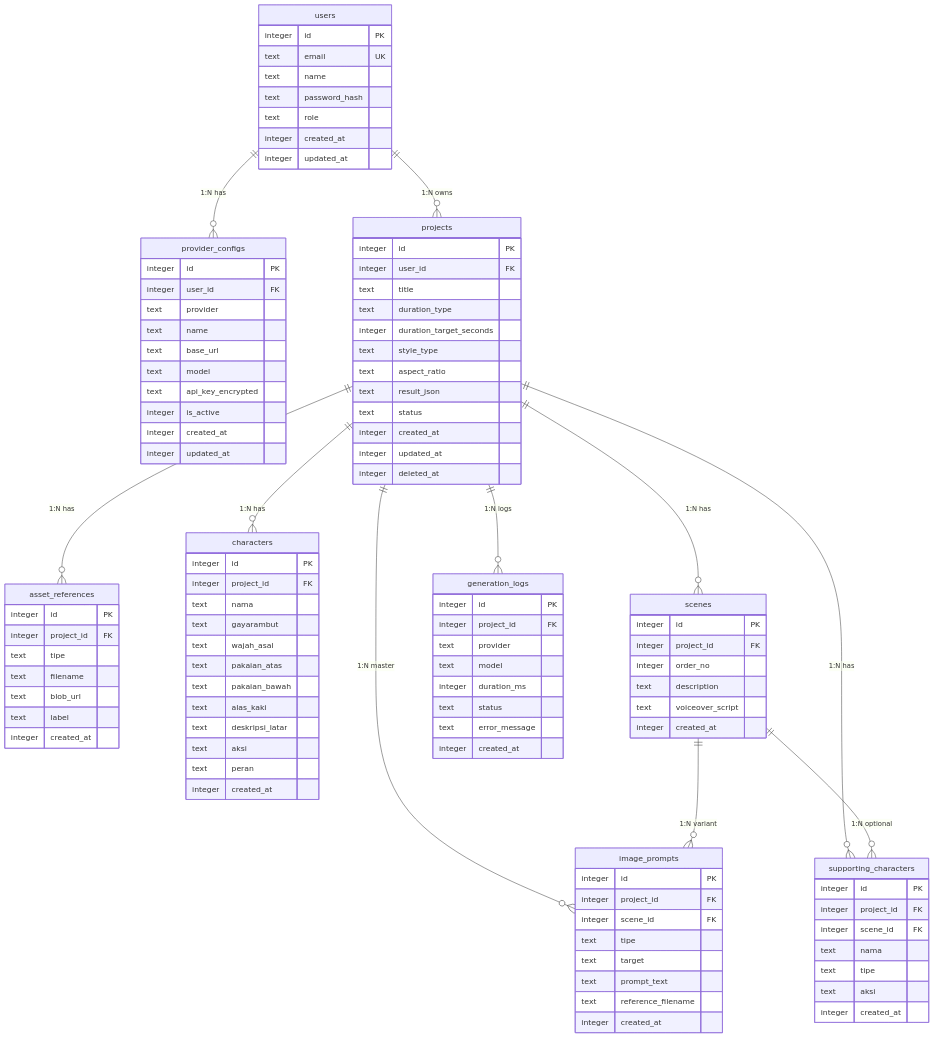
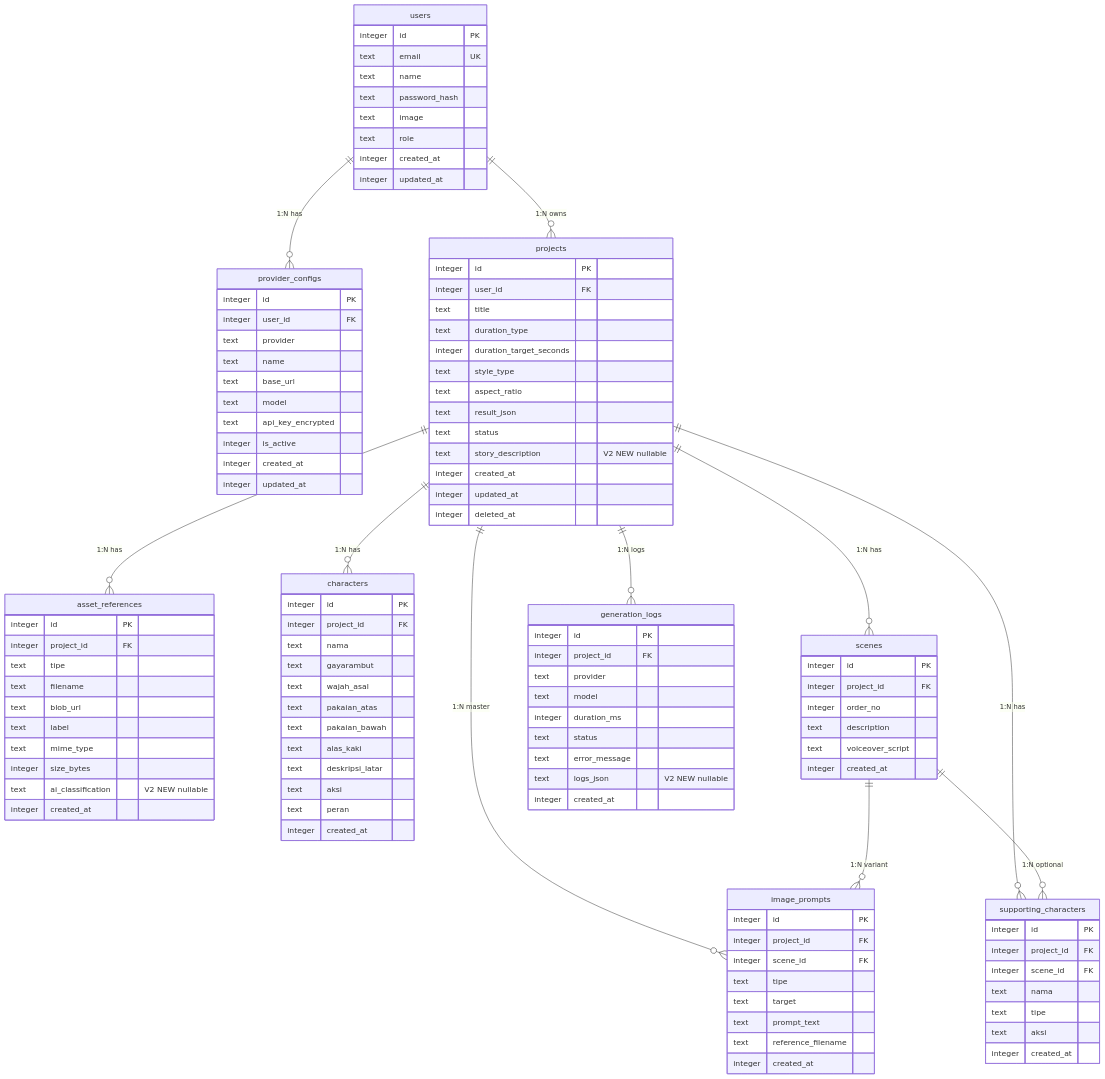
The diagram in product-docs/DATABASE_SCHEMA.md (agrianwahab29/agrinode-promptflow), drawn with Mermaid before and after one commit. The commit also changed other lines of this file and 80 other files, not shown here.

```diff
--- a/product-docs/DATABASE_SCHEMA.md
+++ b/product-docs/DATABASE_SCHEMA.md
@@ -116,6 +120,7 @@
         text email UK
         text name
         text password_hash
+        text image
         text role
         integer created_at
         integer updated_at
@@ -144,6 +149,7 @@
         text aspect_ratio
         text result_json
         text status
+        text story_description "V2 NEW nullable"
         integer created_at
         integer updated_at
         integer deleted_at
@@ -156,6 +162,9 @@
         text filename
         text blob_url
         text label
+        text mime_type
+        integer size_bytes
+        text ai_classification "V2 NEW nullable"
         integer created_at
     }
 
@@ -202,6 +211,7 @@
         integer duration_ms
         text status
         text error_message
+        text logs_json "V2 NEW nullable"
         integer created_at
     }
 
```
